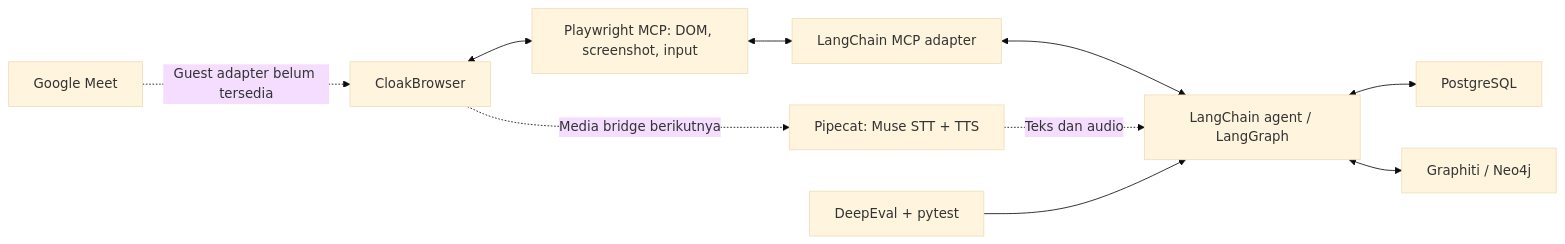
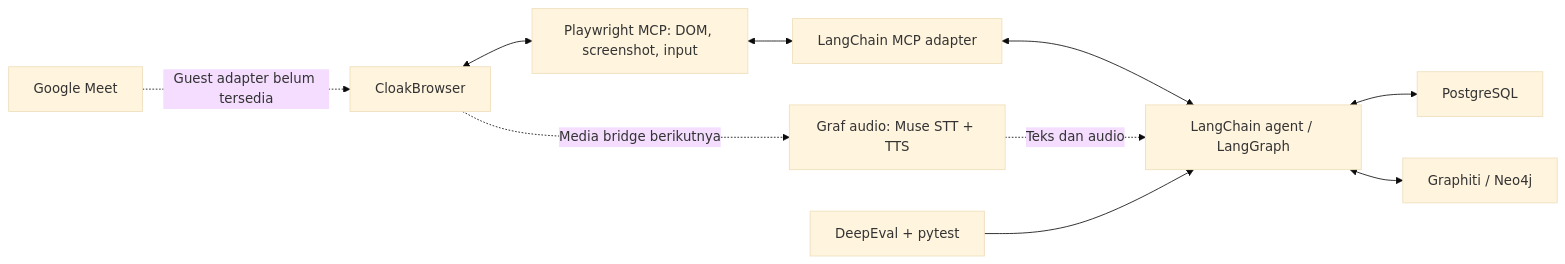
Before and after one commit to maskentir/fakeyou: the diagram in docs/reference/architecture.md, drawn with Mermaid (base theme). The commit also changed other lines of this file and 15 other files, not shown here.

Commit message:
docs(hardening): update architecture, voice, verification and sentence-streaming docs

````diff
--- a/docs/reference/architecture.md
+++ b/docs/reference/architecture.md
@@ -17,12 +17,12 @@
 ```mermaid
 flowchart LR
     Meet[Google Meet] -. Guest adapter belum tersedia .-> Browser[CloakBrowser]
     Browser <--> MCP[Playwright MCP: DOM, screenshot, input]
     MCP <--> Adapter[LangChain MCP adapter]
     Adapter <--> Agent[LangChain agent / LangGraph]
     Agent <--> Checkpoint[PostgreSQL]
     Agent <--> Memory[Graphiti / Neo4j]
-    Browser -. Media bridge berikutnya .-> Voice[Pipecat: Muse STT + TTS]
+    Browser -. Media bridge berikutnya .-> Voice[Graf audio: Muse STT + TTS]
     Voice -. Teks dan audio .-> Agent
     Eval[DeepEval + pytest] --> Agent
 ```
````
